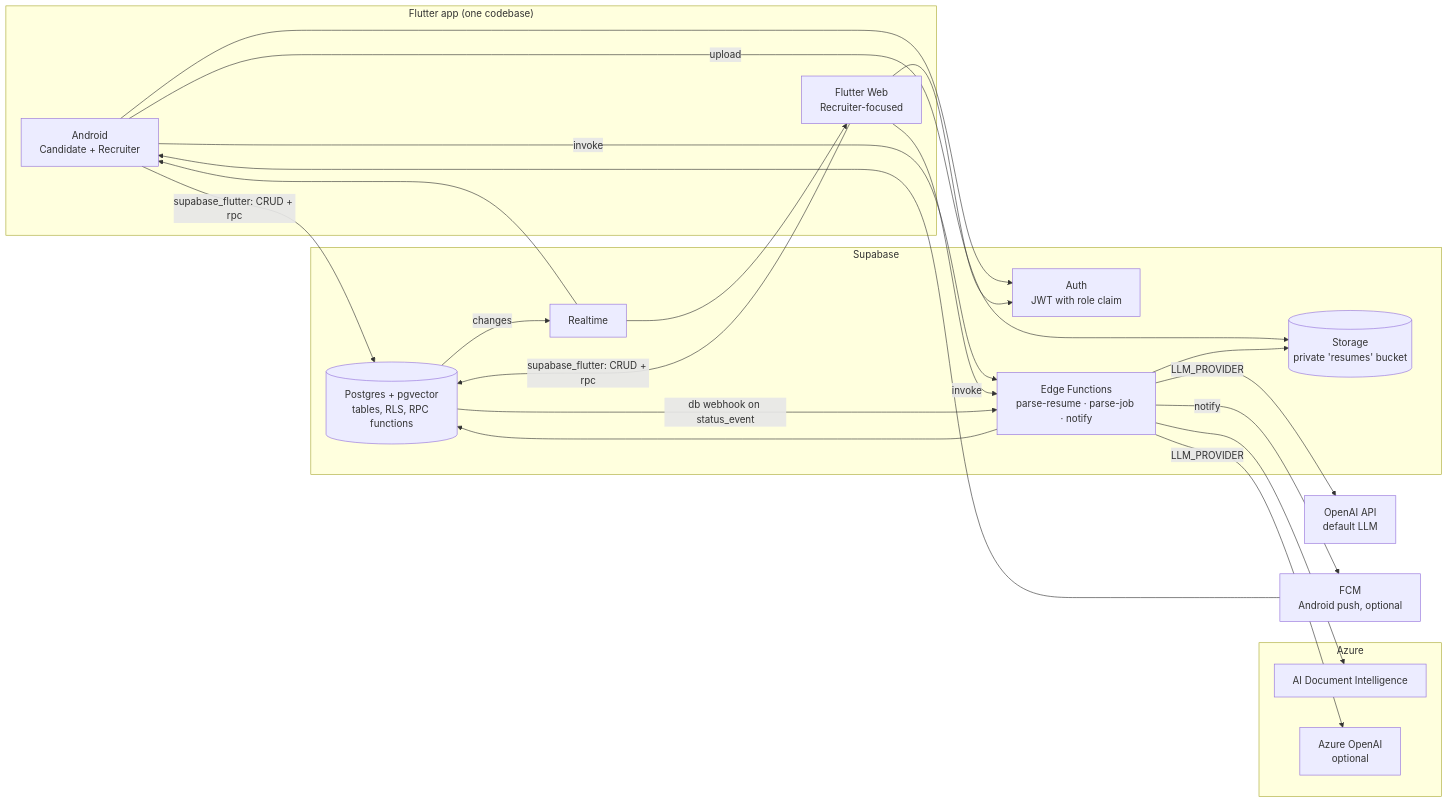
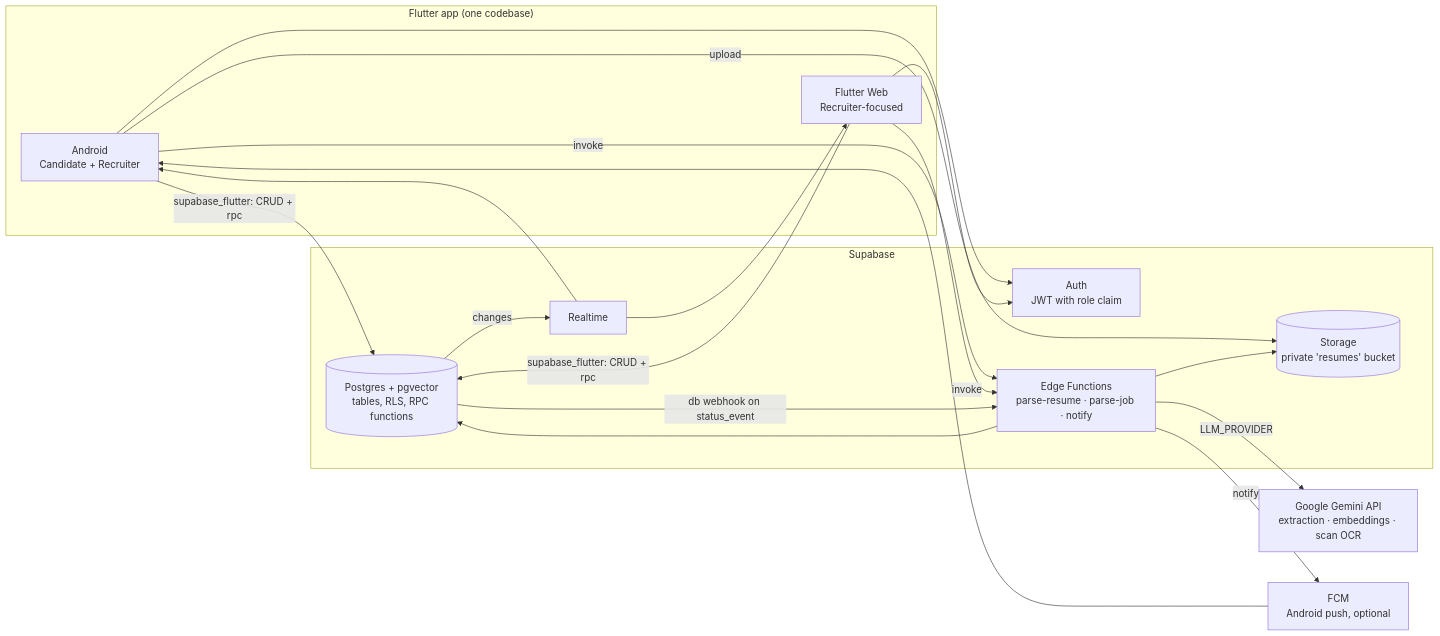
One commit to hope-mcmillen/project5 changed the eighth of 9 diagrams in docs/PRD.md. Above: the diagram before and after it, drawn with Mermaid. The commit also changed other lines of this file and 26 other files, not shown here.

Commit message:
Gemini replaces OpenAI/Azure; drop Document Intelligence

````diff
--- a/docs/PRD.md
+++ b/docs/PRD.md
@@ -419,31 +434,26 @@
 ```mermaid
 flowchart LR
     subgraph Client["Flutter app (one codebase)"]
         M[Android<br/>Candidate + Recruiter]
         WB[Flutter Web<br/>Recruiter-focused]
     end
     subgraph SB["Supabase"]
         AU[Auth<br/>JWT with role claim]
         PG[(Postgres + pgvector<br/>tables, RLS, RPC functions)]
         ST[(Storage<br/>private 'resumes' bucket)]
         RT[Realtime]
         EF[Edge Functions<br/>parse-resume · parse-job · notify]
     end
-    subgraph AZ["Azure"]
-        DI[AI Document Intelligence]
-        AO[Azure OpenAI<br/>optional]
-    end
-    OA[OpenAI API<br/>default LLM]
+    GM[Google Gemini API<br/>extraction · embeddings · scan OCR]
     FCM[FCM<br/>Android push, optional]
 
     M & WB --> AU
     M & WB -->|supabase_flutter: CRUD + rpc| PG
     M -->|upload| ST
     M & WB -->|invoke| EF
     PG -->|changes| RT --> M & WB
     EF --> ST
-    EF --> DI
-    EF -->|LLM_PROVIDER| OA & AO
+    EF -->|LLM_PROVIDER| GM
     EF --> PG
     PG -->|db webhook on status_event| EF -->|notify| FCM --> M
 ```
````
